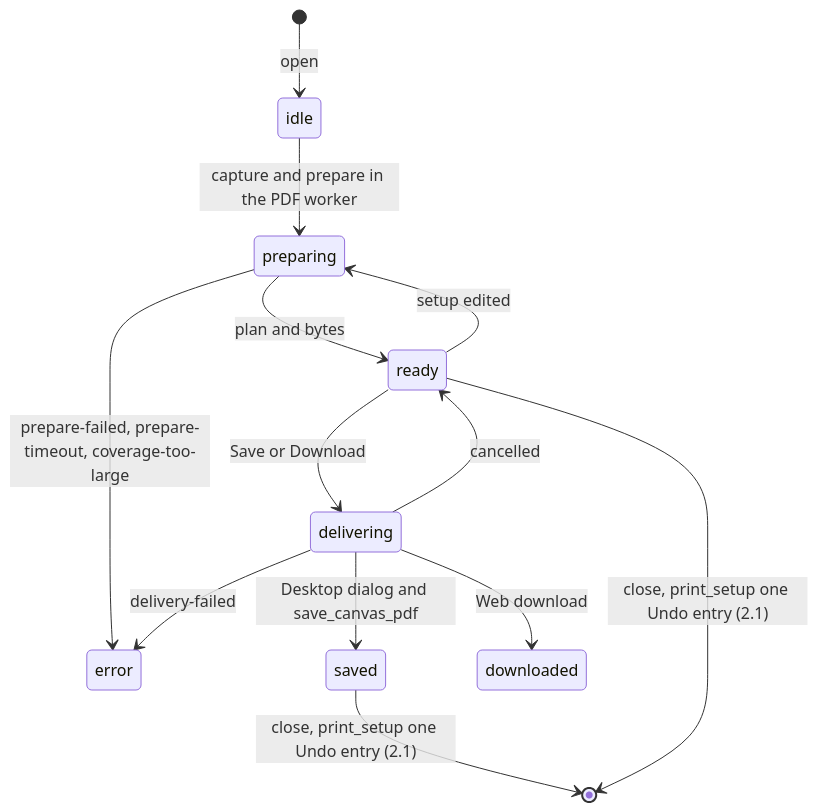
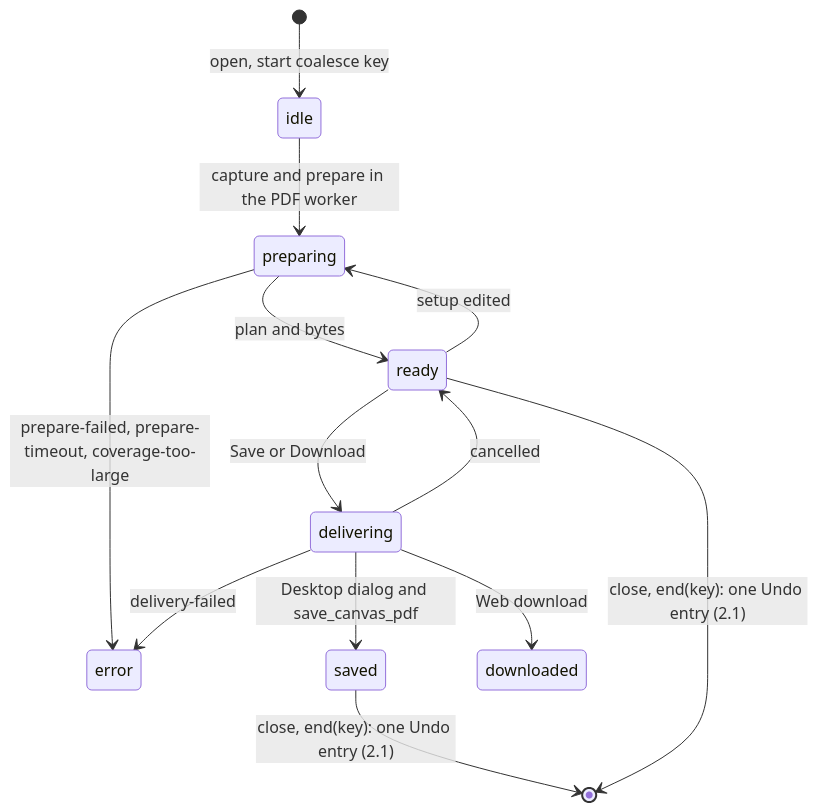
Before and after one commit to opencanopi/canopi: the tenth of 14 diagrams in docs/architecture/states.md, drawn with Mermaid. The commit also changed other lines of this file and 33 other files, not shown here.

Commit message:
docs: apply the architecture review's findings to ADRs, plan, contracts, ledger and model

````diff
--- a/docs/architecture/states.md
+++ b/docs/architecture/states.md
@@ -223,15 +231,15 @@
 ```mermaid
 stateDiagram-v2
-  [*] --> idle: open
+  [*] --> idle: open, start coalesce key
   idle --> preparing: capture and prepare in the PDF worker
   preparing --> ready: plan and bytes
   preparing --> error: prepare-failed, prepare-timeout, coverage-too-large
   ready --> preparing: setup edited
   ready --> delivering: Save or Download
   delivering --> saved: Desktop dialog and save_canvas_pdf
   delivering --> downloaded: Web download
   delivering --> ready: cancelled
   delivering --> error: delivery-failed
-  saved --> [*]: close, print_setup one Undo entry (2.1)
-  ready --> [*]: close, print_setup one Undo entry (2.1)
+  saved --> [*]: close, end(key): one Undo entry (2.1)
+  ready --> [*]: close, end(key): one Undo entry (2.1)
 ```
````
